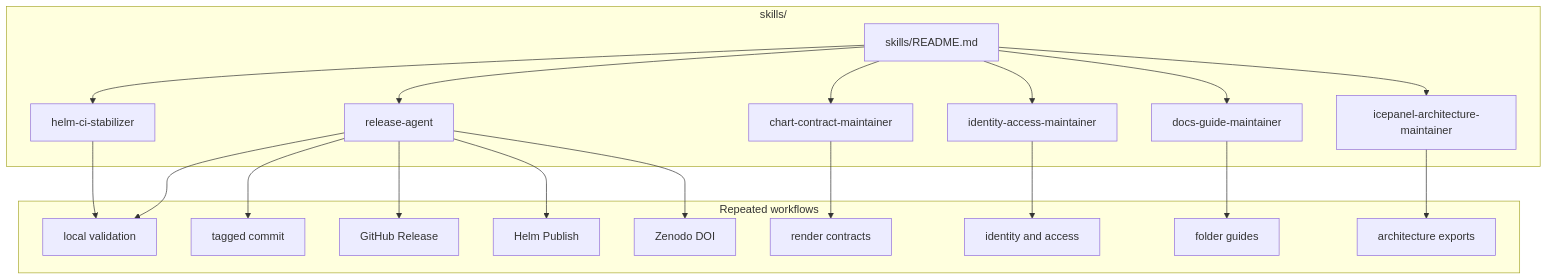
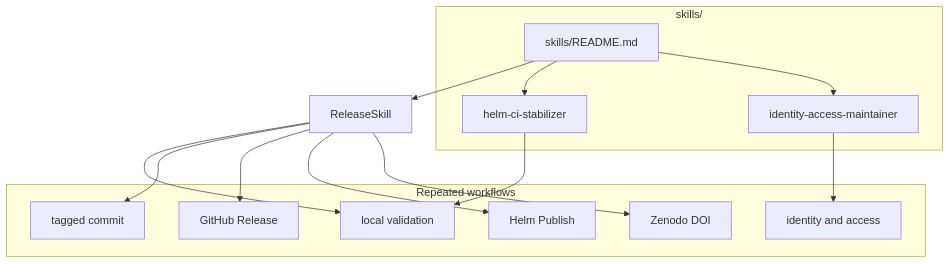
Before and after one commit to sanger-pathogens/dlh-in-a-box-umbrella-helm-chart: the diagram in skills/README.md, drawn with Mermaid. The commit also changed other lines of this file and 6 other files, not shown here.

````diff
--- a/skills/README.md
+++ b/skills/README.md
@@ -9,41 +9,28 @@
 ```mermaid
 flowchart TD
   subgraph Skills["skills/"]
     SkillsGuide[skills/README.md]
-    ReleaseSkill[release-agent]
     CiSkill[helm-ci-stabilizer]
-    ContractSkill[chart-contract-maintainer]
     IdentitySkill[identity-access-maintainer]
-    DocsSkill[docs-guide-maintainer]
-    ArchitectureSkill[icepanel-architecture-maintainer]
   end
 
   subgraph Workflows["Repeated workflows"]
     Validate[local validation]
     Tag[tagged commit]
     GitHubRelease[GitHub Release]
     Publish[Helm Publish]
     Zenodo[Zenodo DOI]
-    Contract[render contracts]
     Access[identity and access]
-    Docs[folder guides]
-    Diagrams[architecture exports]
   end
 
   SkillsGuide --> ReleaseSkill
   SkillsGuide --> CiSkill
-  SkillsGuide --> ContractSkill
   SkillsGuide --> IdentitySkill
-  SkillsGuide --> DocsSkill
-  SkillsGuide --> ArchitectureSkill
   ReleaseSkill --> Validate
   ReleaseSkill --> Tag
   ReleaseSkill --> GitHubRelease
   ReleaseSkill --> Publish
   ReleaseSkill --> Zenodo
   CiSkill --> Validate
-  ContractSkill --> Contract
   IdentitySkill --> Access
-  DocsSkill --> Docs
-  ArchitectureSkill --> Diagrams
 ```
````
